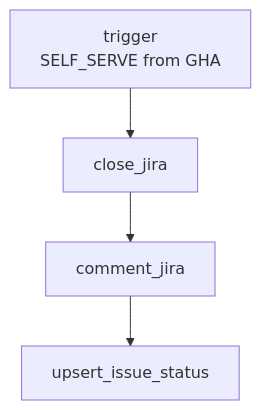
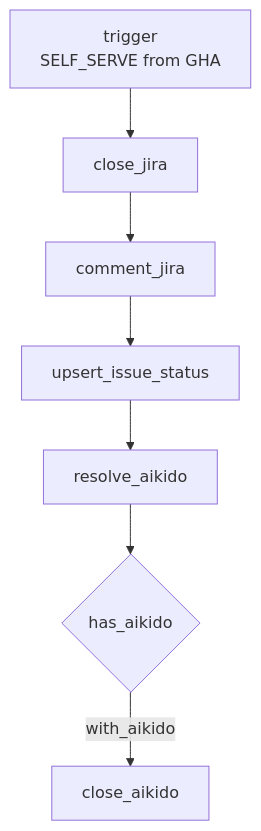
One commit to port-experimental/port-out-of-the-box changed the third of 3 diagrams in examples/terraform/modules/terraform-sdlc-agentic-bugfix-root-module/README.md. Above: the diagram before and after it, drawn with Mermaid. The commit also changed other lines of this file and 4 other files, not shown here.

First line of the commit message:
Close Aikido on PR merge Fixed path and upsert Port jiraIssue after Aikido Jira create so autofix triggers without waiting on integration sync.

````diff
--- a/examples/terraform/modules/terraform-sdlc-agentic-bugfix-root-module/README.md
+++ b/examples/terraform/modules/terraform-sdlc-agentic-bugfix-root-module/README.md
@@ -132,9 +132,13 @@
 ```mermaid
 flowchart TD
   trigger[trigger<br/>SELF_SERVE from GHA]
   close_jira[close_jira]
   comment_jira[comment_jira]
   upsert_issue_status[upsert_issue_status]
+  resolve_aikido[resolve_aikido]
+  has_aikido{has_aikido}
+  close_aikido[close_aikido]
 
-  trigger --> close_jira --> comment_jira --> upsert_issue_status
+  trigger --> close_jira --> comment_jira --> upsert_issue_status --> resolve_aikido --> has_aikido
+  has_aikido -->|with_aikido| close_aikido
 ```
````
